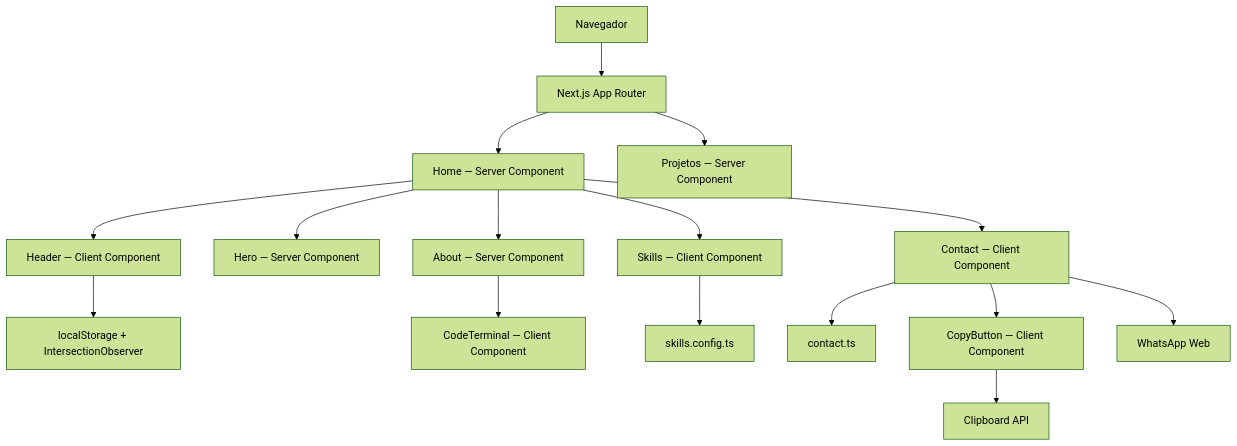
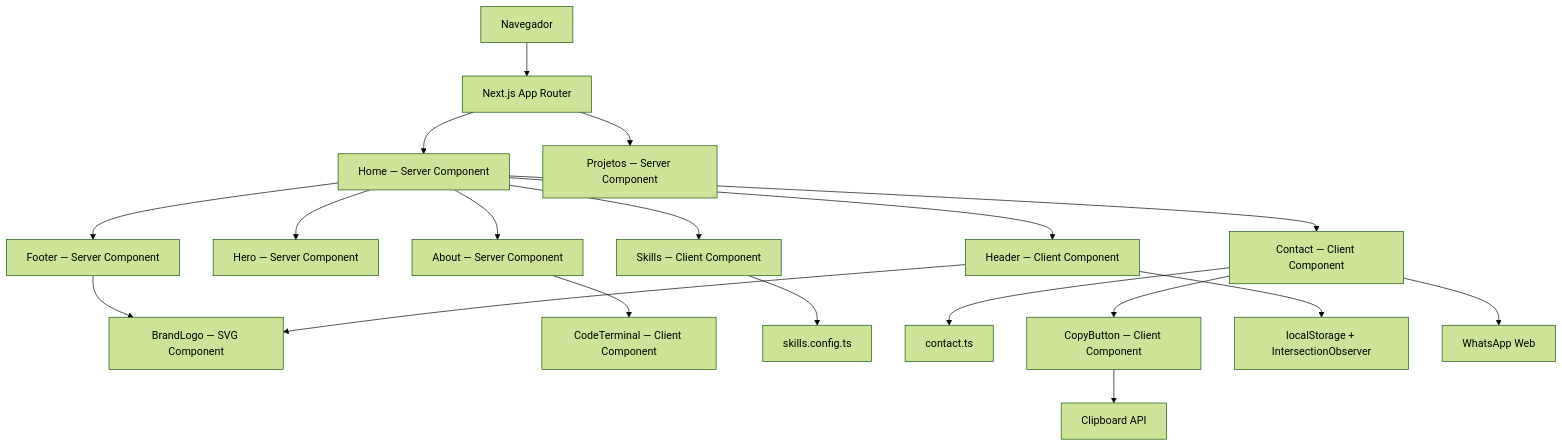
Before and after one commit to DescomplicaDevDan/portfolio-descomplicadevdan: the diagram in README.md, drawn with Mermaid (forest theme). The commit also changed other lines of this file and 6 other files, not shown here.

First line of the commit message:
feat(footer): add reusable SVG brand and professional footer

````diff
--- a/README.md
+++ b/README.md
@@ -66,18 +68,21 @@
 ```mermaid
 flowchart TD
     Browser[Navegador] --> AppRouter[Next.js App Router]
     AppRouter --> Home[Home — Server Component]
     AppRouter --> Projects[Projetos — Server Component]
     Home --> Header[Header — Client Component]
     Home --> Hero[Hero — Server Component]
     Home --> About[About — Server Component]
     Home --> Skills[Skills — Client Component]
     Home --> Contact[Contact — Client Component]
+    Home --> Footer[Footer — Server Component]
+    Header --> Brand[BrandLogo — SVG Component]
+    Footer --> Brand
     About --> Terminal[CodeTerminal — Client Component]
     Skills --> Config[skills.config.ts]
     Contact --> ContactConfig[contact.ts]
     Contact --> Clipboard[CopyButton — Client Component]
     Header --> BrowserAPIs[localStorage + IntersectionObserver]
     Clipboard --> ClipboardAPI[Clipboard API]
     Contact --> WhatsApp[WhatsApp Web]
 ```
````
